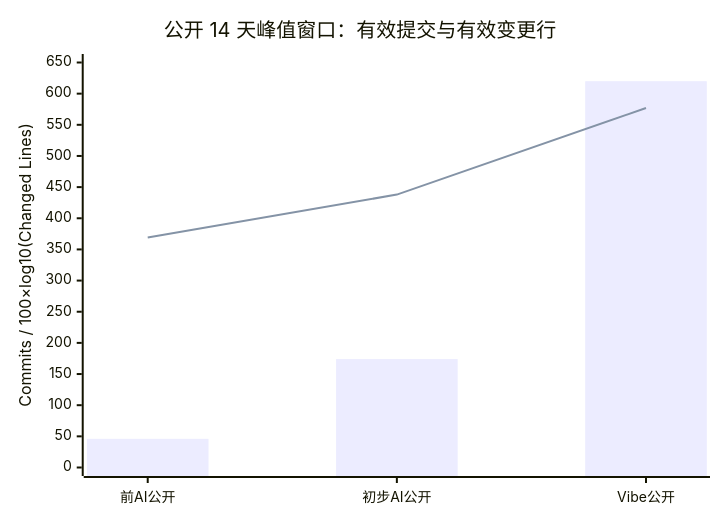
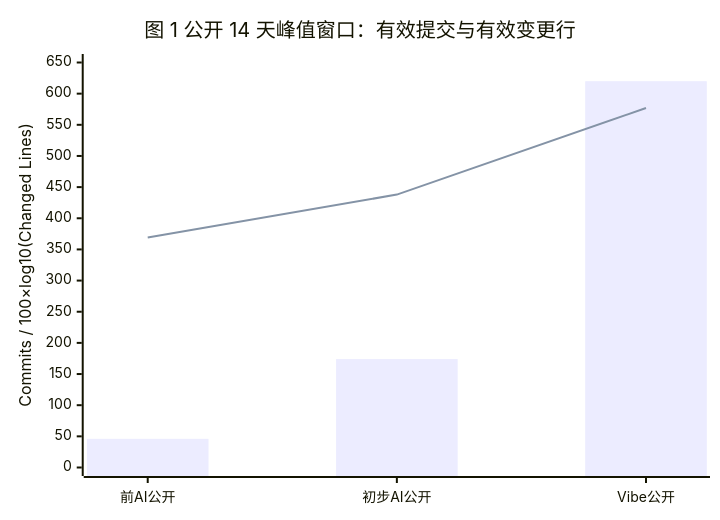
The fifth of 10 diagrams in src/content/blog/llm/from-trench-to-command-desk-ai-writing-coding-productivity.md (HansBug/HansBug.github.io), drawn with Mermaid before and after one commit. The commit also changed other lines of this file and 1 other file, not shown here.

Commit message:
Refine AI coding article charts and Mermaid rendering

````diff
--- a/src/content/blog/llm/from-trench-to-command-desk-ai-writing-coding-productivity.md
+++ b/src/content/blog/llm/from-trench-to-command-desk-ai-writing-coding-productivity.md
@@ -220,8 +223,10 @@
 ```mermaid
+%% series-labels: 有效提交|100×log10(有效变更行)
+%% series-colors: #8fd6ff|#f2c16d
 xychart-beta
-    title "公开 14 天峰值窗口：有效提交与有效变更行"
+    title "图 1 公开 14 天峰值窗口：有效提交与有效变更行"
     x-axis ["前AI公开", "初步AI公开", "Vibe公开"]
     y-axis "Commits / 100×log10(Changed Lines)" 0 --> 650
     bar [46, 174, 620]
     line [369, 438, 577]
 ```
````
